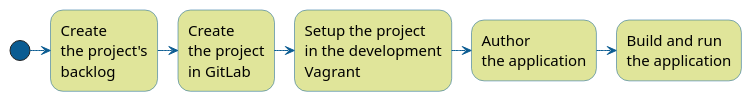
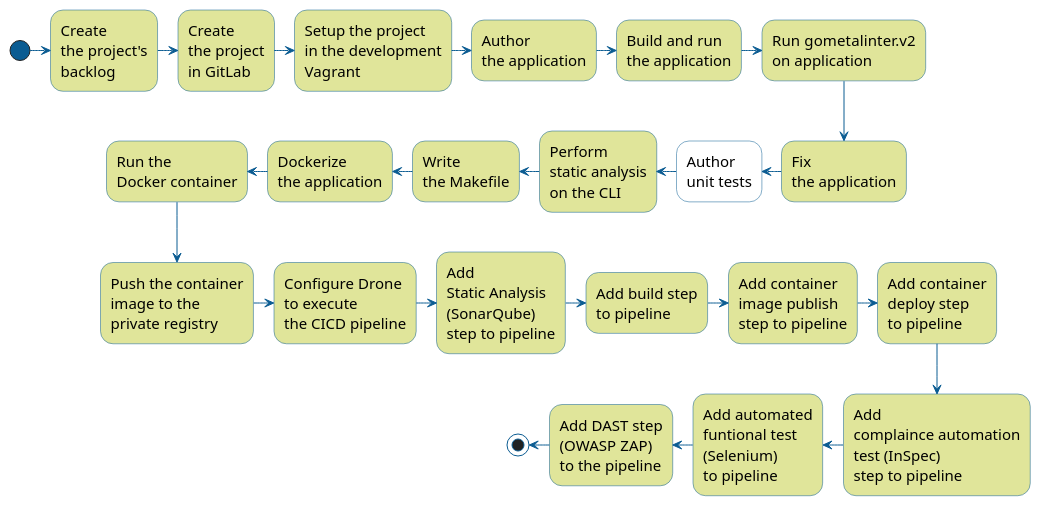
One commit to nemonik/hands-on-DevOps changed the diagram in plantuml/helloworld-web-author-unit-tests.puml. Above: the diagram before and after it, drawn with PlantUML. The commit also changed 2 other files, not shown here.

Commit message:
update README.md to use svg and fix a few plantuml diagrams

```diff
--- a/plantuml/helloworld-web-author-unit-tests.puml
+++ b/plantuml/helloworld-web-author-unit-tests.puml
@@ -1,47 +1,65 @@
 @startuml
 skinparam shadowing false
 
 skinparam title {
   FontStyle "Thin"
   FontSize 30
 }
 
 skinparam activity {
   BorderColor #0B5C92
   BackgroundColor #e0e59a
   FontStyle "Thin"
   FontSize 15
 }
 
 skinparam activityDiamond {
   BorderColor #0B5C92
   BackgroundColor #e0e59a
   FontStyle "Thin"
   FontSize 15
 }
 
 skinparam activityStart {
   Color #0B5C92
 }
 
 skinparam activityEnd {
   Color #0B5C92
 }
 
 skinparam arrow {
   Color #0B5C92
 }
 
 skinparam note {
   BorderColor #0B5C92
   BackgroundColor #FEFECE
   FontStyle "Thin"
   FontSize 15
 }
 
 (*) -right->”Create\nthe project's\nbacklog”
 -right->"Create\nthe project\nin GitLab"
 -right->"Setup the project\nin the development\nVagrant"
 -right->"Author\nthe application"
 -right->"Build and run\nthe application"
+-right->"Run gometalinter.v2\non application"
+-down->"Fix\nthe application"
+-left->"Author\nunit tests" #FFFFFF
+-left->"Perform\nstatic analysis\non the CLI"
+-left->"Write\nthe Makefile"
+-left->"Dockerize\nthe application"
+-left->"Run the\nDocker container"
+-down->"Push the container\nimage to the\nprivate registry"
+-right->"Configure Drone\nto execute\nthe CICD pipeline"
+-right->"Add\nStatic Analysis\n(SonarQube)\nstep to pipeline"
+-right->"Add build step\nto pipeline"
+-right->"Add container\nimage publish\nstep to pipeline"
+-right->"Add container\ndeploy step\nto pipeline"
+-down->"Add\ncomplaince automation\ntest (InSpec)\nstep to pipeline"
+-left->"Add automated\nfuntional test\n(Selenium)\nto pipeline"
+-left->"Add DAST step\n(OWASP ZAP)\nto the pipeline"
+-left-> (*)
+
 @enduml
```
